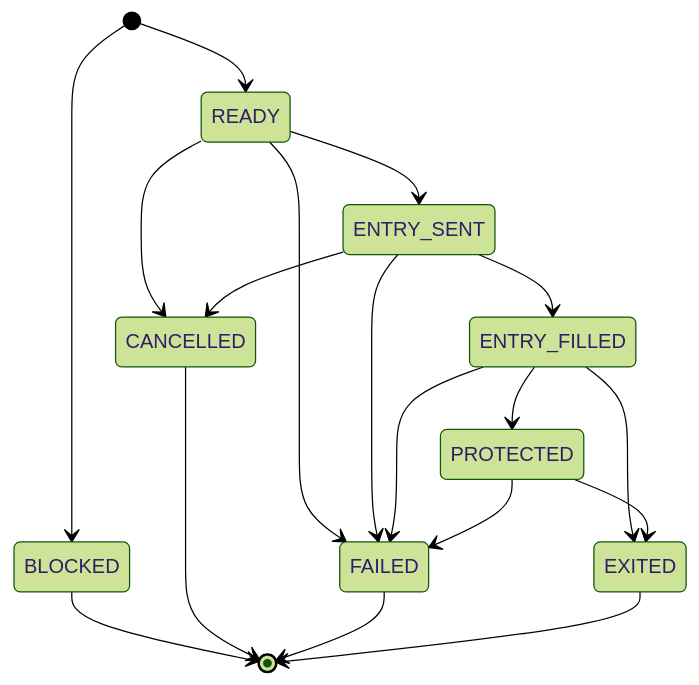
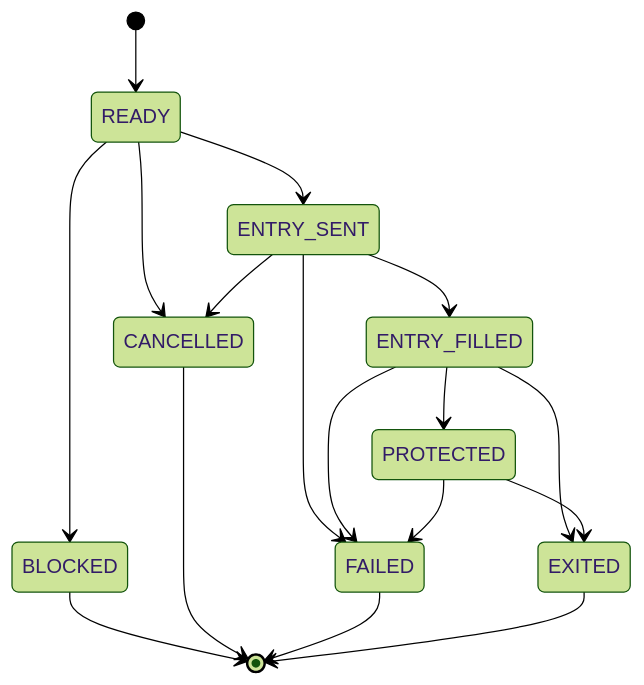
The fourth of 7 diagrams in docs/DIAGRAMAS.md (jadergreiner/crypto-futures-agent), drawn with Mermaid (forest theme) before and after one commit. The commit also changed other lines of this file, not shown here.

Commit message:
[SYNC] Atualizar diagramas para arquitetura model-driven

````diff
--- a/docs/DIAGRAMAS.md
+++ b/docs/DIAGRAMAS.md
@@ -243,20 +63,19 @@
 ```mermaid
 stateDiagram-v2
-    [*] --> READY
-    [*] --> BLOCKED
-    READY --> ENTRY_SENT
-    READY --> FAILED
-    READY --> CANCELLED
-    ENTRY_SENT --> ENTRY_FILLED
-    ENTRY_SENT --> FAILED
-    ENTRY_SENT --> CANCELLED
-    ENTRY_FILLED --> PROTECTED
-    ENTRY_FILLED --> EXITED
-    ENTRY_FILLED --> FAILED
-    PROTECTED --> EXITED
-    PROTECTED --> FAILED
-    BLOCKED --> [*]
-    CANCELLED --> [*]
-    FAILED --> [*]
-    EXITED --> [*]
+  [*] --> READY
+  READY --> ENTRY_SENT
+  READY --> BLOCKED
+  READY --> CANCELLED
+  ENTRY_SENT --> ENTRY_FILLED
+  ENTRY_SENT --> FAILED
+  ENTRY_SENT --> CANCELLED
+  ENTRY_FILLED --> PROTECTED
+  ENTRY_FILLED --> EXITED
+  ENTRY_FILLED --> FAILED
+  PROTECTED --> EXITED
+  PROTECTED --> FAILED
+  BLOCKED --> [*]
+  CANCELLED --> [*]
+  FAILED --> [*]
+  EXITED --> [*]
 ```
````
